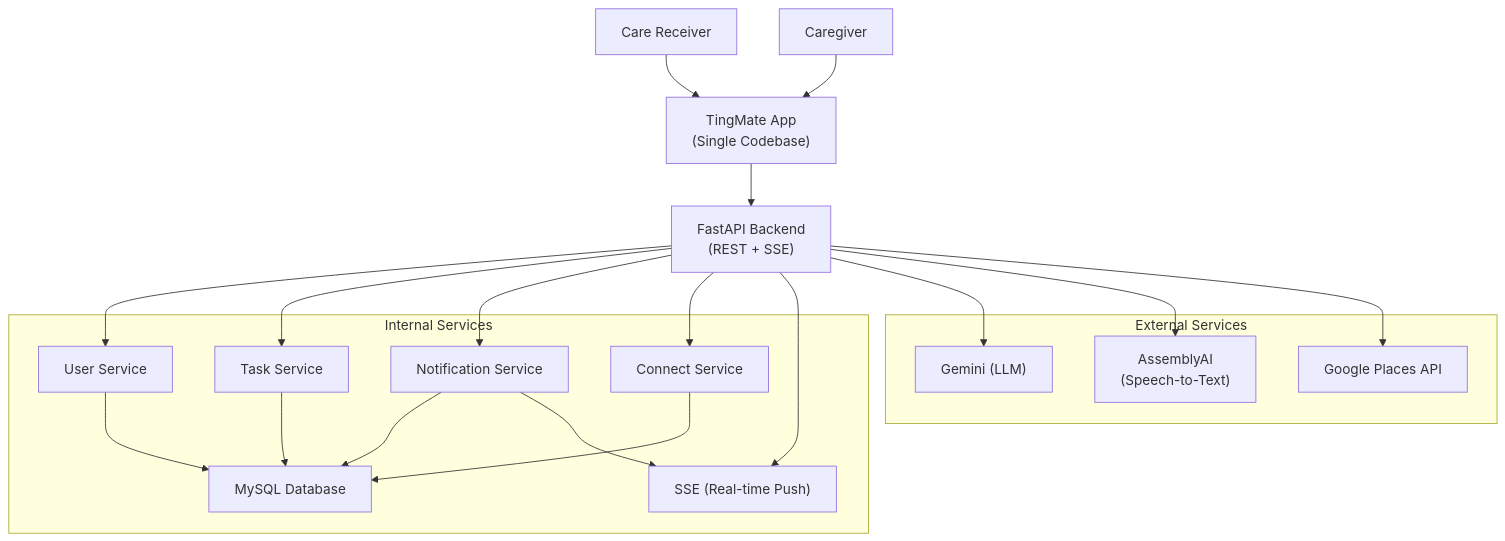
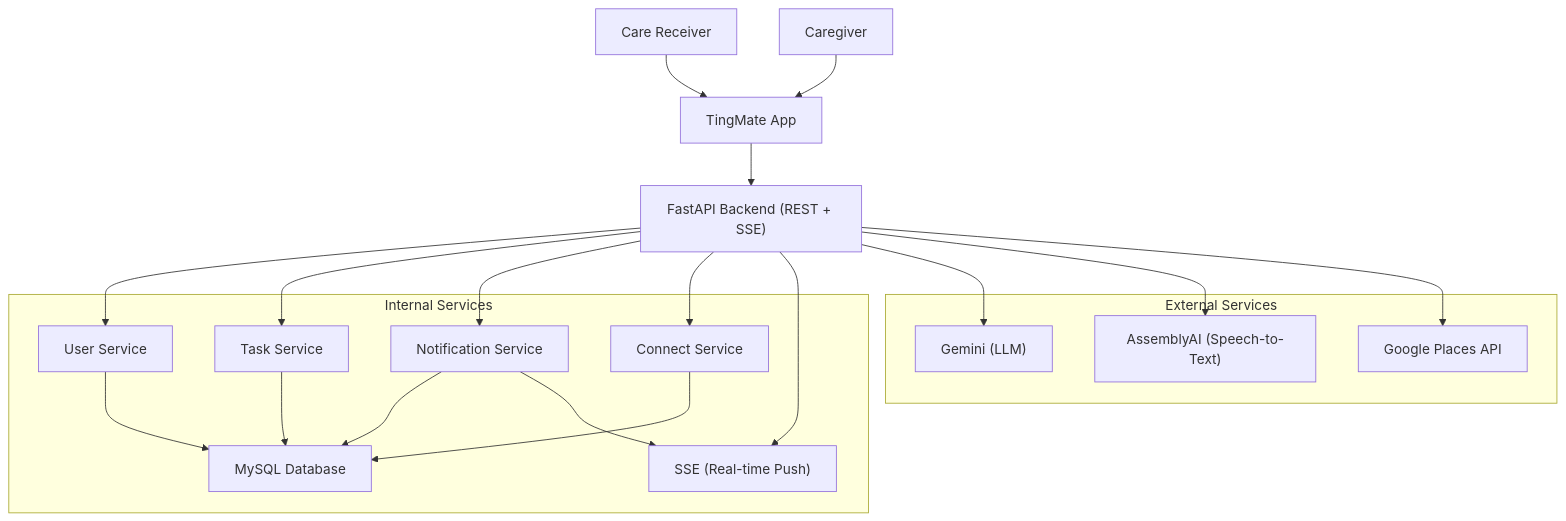
Before and after one commit to vivi2393142/ting-mate-backend: the diagram in README.md, drawn with Mermaid.

Commit message:
docs: update chart

````diff
--- a/README.md
+++ b/README.md
@@ -19,28 +19,28 @@
 ```mermaid
 flowchart TD
  subgraph Internal["Internal Services"]
         UserService["User Service"]
         TaskService["Task Service"]
         NotificationService["Notification Service"]
         ConnectService["Connect Service"]
         SSE["SSE (Real-time Push)"]
         DB["MySQL Database"]
   end
   subgraph External["External Services"]
         Gemini["Gemini (LLM)"]
-        Assembly["AssemblyAI\n(Speech-to-Text)"]
+        Assembly["AssemblyAI (Speech-to-Text)"]
         GoogleAPI["Google Places API"]
   end
 
-    CareReceiver["Care Receiver"] --> App["TingMate App\n(Single Codebase)"]
+    CareReceiver["Care Receiver"] --> App["TingMate App"]
     Caregiver["Caregiver"] --> App
-    App --> BackendAPI["FastAPI Backend\n(REST + SSE)"]
+    App --> BackendAPI["FastAPI Backend (REST + SSE)"]
     UserService --> DB
     TaskService --> DB
     NotificationService --> DB & SSE
     ConnectService --> DB
     BackendAPI --> UserService & TaskService & NotificationService & ConnectService & SSE
     BackendAPI --> Gemini
     BackendAPI --> Assembly
     BackendAPI --> GoogleAPI
 ```
````
